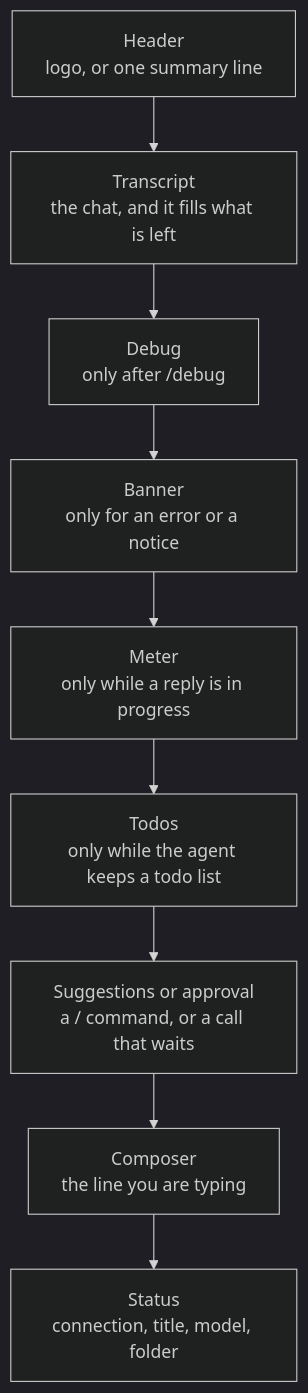
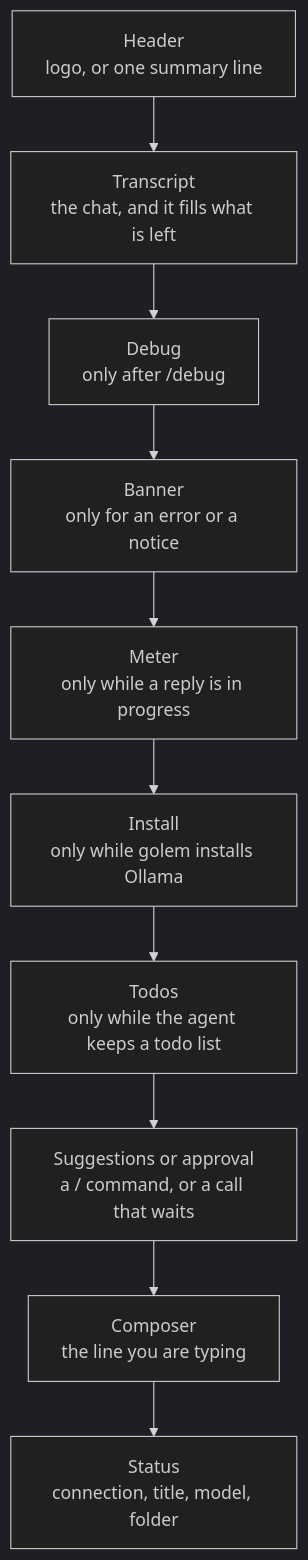
One commit to MilanPavel/golem changed the eighth of 9 diagrams in docs/architecture.md. Above: the diagram before and after it, drawn with Mermaid (dark theme). The commit also changed other lines of this file and 9 other files, not shown here.

Commit message:
feat(tui): choosing a local model without Ollama offers to install it, then downloads the model

````diff
--- a/docs/architecture.md
+++ b/docs/architecture.md
@@ -522,13 +522,14 @@
 ```mermaid
 flowchart TB
   header["Header<br>logo, or one summary line"]
   body["Transcript<br>the chat, and it fills what is left"]
   debug["Debug<br>only after /debug"]
   banner["Banner<br>only for an error or a notice"]
   meter["Meter<br>only while a reply is in progress"]
+  install["Install<br>only while golem installs Ollama"]
   todos["Todos<br>only while the agent keeps a todo list"]
   suggestions["Suggestions or approval<br>a / command, or a call that waits"]
   composer["Composer<br>the line you are typing"]
   status["Status<br>connection, title, model, folder"]
-  header --> body --> debug --> banner --> meter --> todos --> suggestions --> composer --> status
+  header --> body --> debug --> banner --> meter --> install --> todos --> suggestions --> composer --> status
 ```
````
